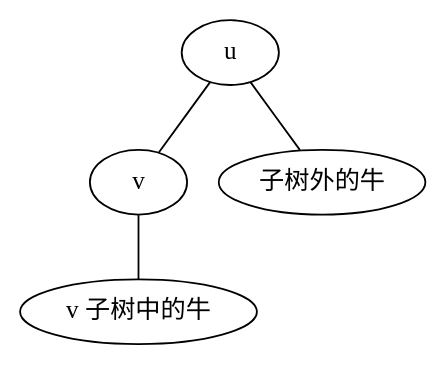
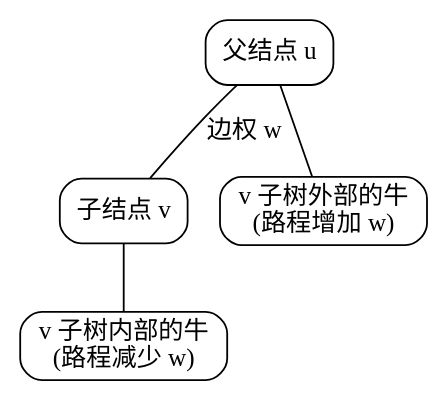
The diagram in problems/luogu/P2986/index.md (rainboyOJ/new_problem_solutions), drawn with Graphviz before and after one commit. The commit also changed other lines of this file, not shown here.

````diff
--- a/problems/luogu/P2986/index.md
+++ b/problems/luogu/P2986/index.md
@@ -83,11 +100,12 @@
 ```dot
 graph G {
-  U [label="u"];
-  V [label="v"];
-  X [label="v 子树中的牛"];
-  Y [label="子树外的牛"];
-  U -- V;
+  node [shape=box, style="rounded"];
+  U [label="父结点 u"];
+  V [label="子结点 v"];
+  X [label="v 子树内部的牛\n(路程减少 w)"];
+  Y [label="v 子树外部的牛\n(路程增加 w)"];
+  U -- V [label="边权 w"];
   V -- X;
   U -- Y;
 }
 ```
````
